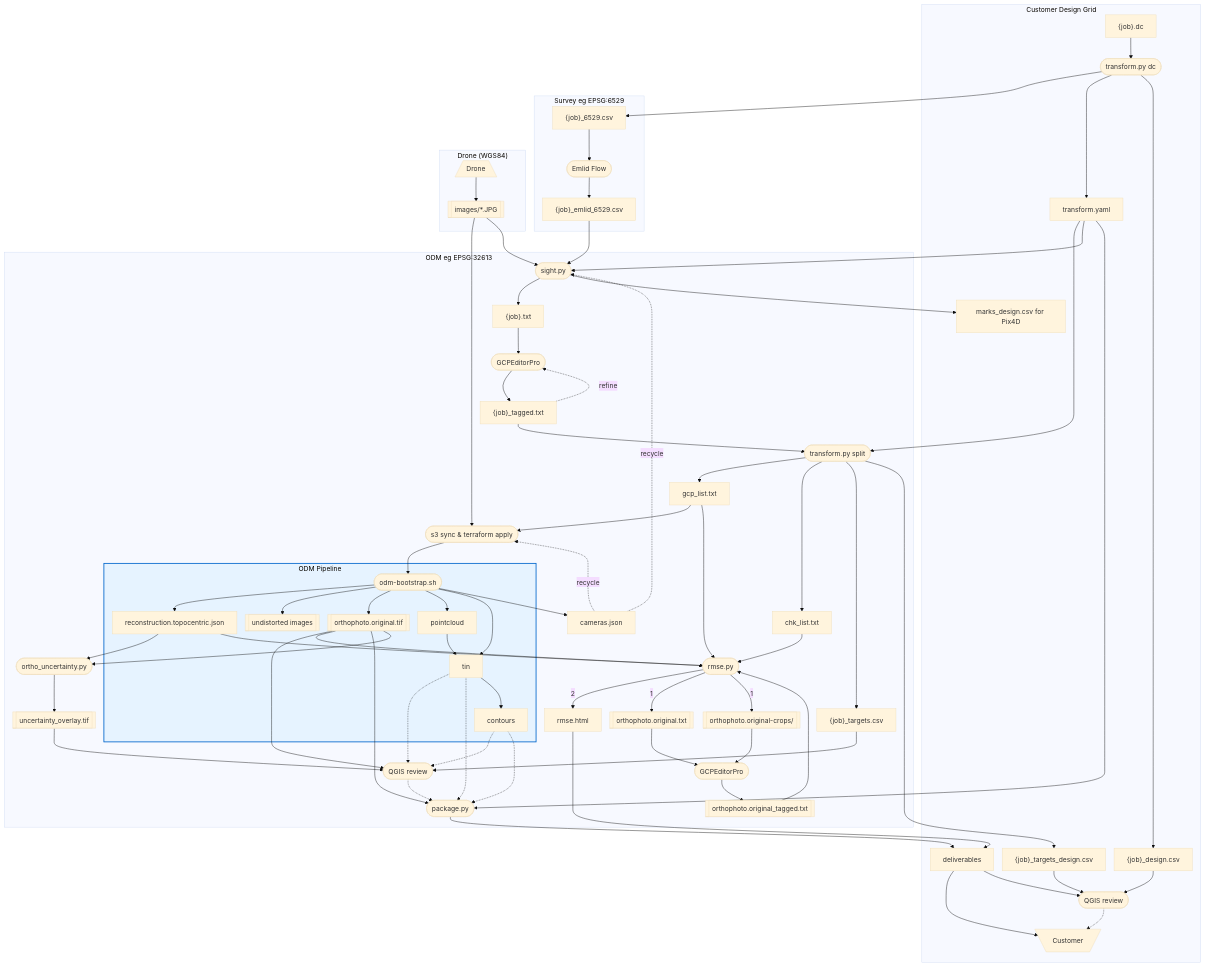
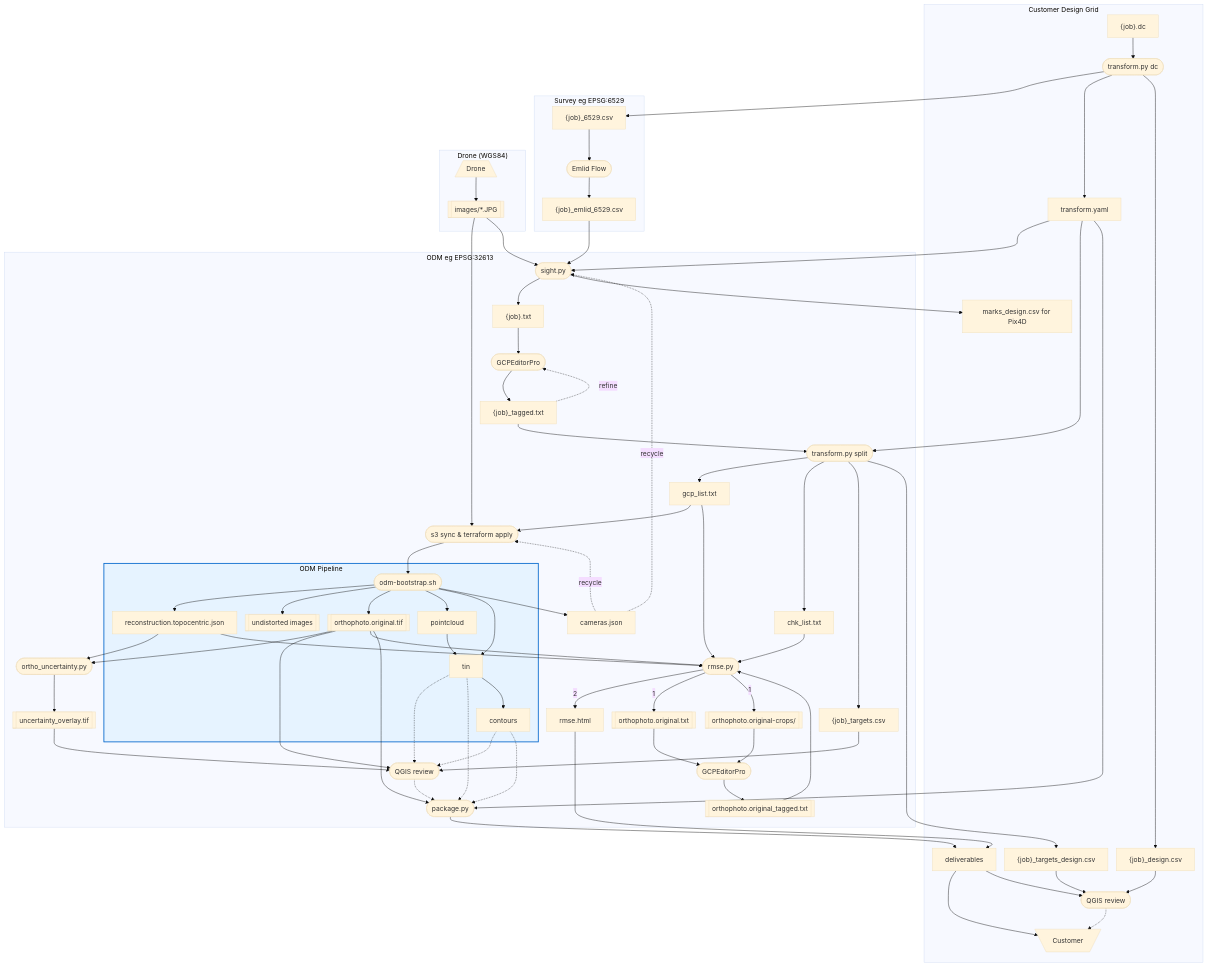
Before and after one commit to jrstear/geo: the diagram in docs/odm-workflow.md, drawn with Mermaid. The commit also changed other lines of this file and 1 other file, not shown here.

Commit message:
reorder a couple edges for improved mermaid rendering

```diff
--- a/docs/odm-workflow.md
+++ b/docs/odm-workflow.md
@@ -119,8 +119,8 @@
     gcpeditor --> tagged
     tagged --> split
     tagged -.-> |refine| gcpeditor
+    transform_yaml --> sight
     transform_yaml --> split
-    transform_yaml --> sight
     split --> gcp_list
     split --> chk_list
     split --> targets
@@ -143,13 +143,13 @@
     tin -.-> packager
     contours -.-> qgis_cloud
     contours -.-> packager
+    orthophoto --> uncertainty
     orthophoto --> qgis_cloud
     orthophoto --> rmse
     chk_list --> rmse
     gcp_list --> rmse
     orthophoto --> packager
     qgis_cloud -.-> packager
-    orthophoto --> uncertainty
     model --> uncertainty
     model --> rmse
     uncertainty --> uncertainty_tif
```
